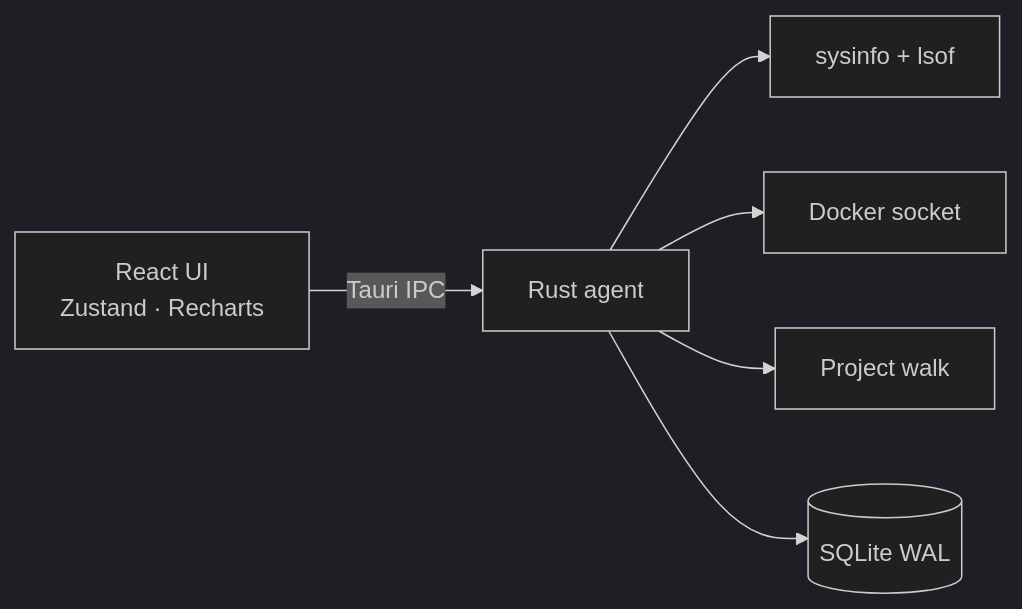
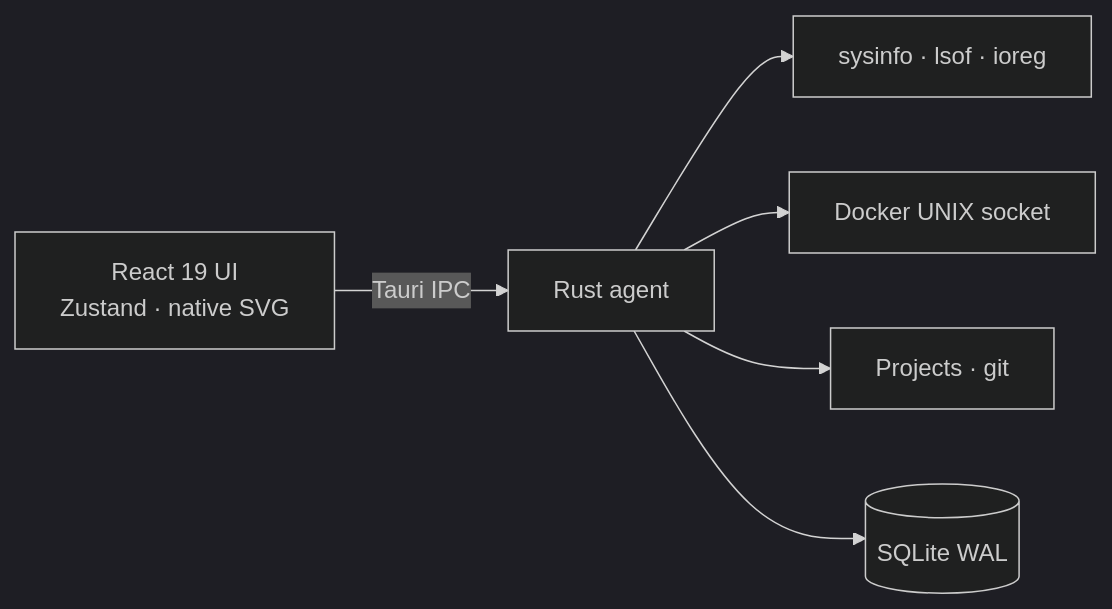
One commit to nitinkanish/fnode changed the diagram in README.md. Above: the diagram before and after it, drawn with Mermaid (dark theme). The commit also changed other lines of this file and 64 other files, not shown here.

````diff
--- a/README.md
+++ b/README.md
@@ -160,8 +200,8 @@
 ```mermaid
 flowchart LR
-  UI["React UI<br/>Zustand · Recharts"] -->|Tauri IPC| Agent["Rust agent"]
-  Agent --> Sys["sysinfo + lsof"]
-  Agent --> Docker["Docker socket"]
-  Agent --> Disk["Project walk"]
+  UI["React 19 UI<br/>Zustand · native SVG"] -->|Tauri IPC| Agent["Rust agent"]
+  Agent --> Sys["sysinfo · lsof · ioreg"]
+  Agent --> Docker["Docker UNIX socket"]
+  Agent --> Disk["Projects · git"]
   Agent --> DB[("SQLite WAL")]
 ```
````
